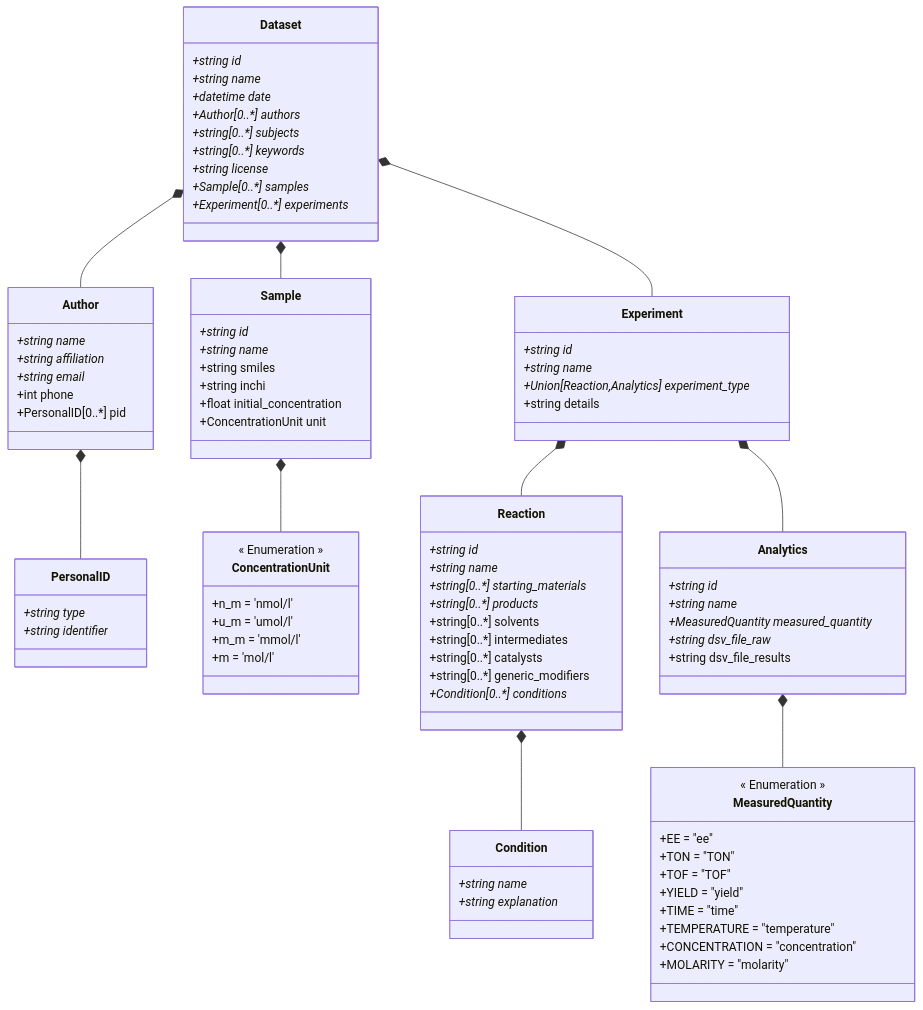
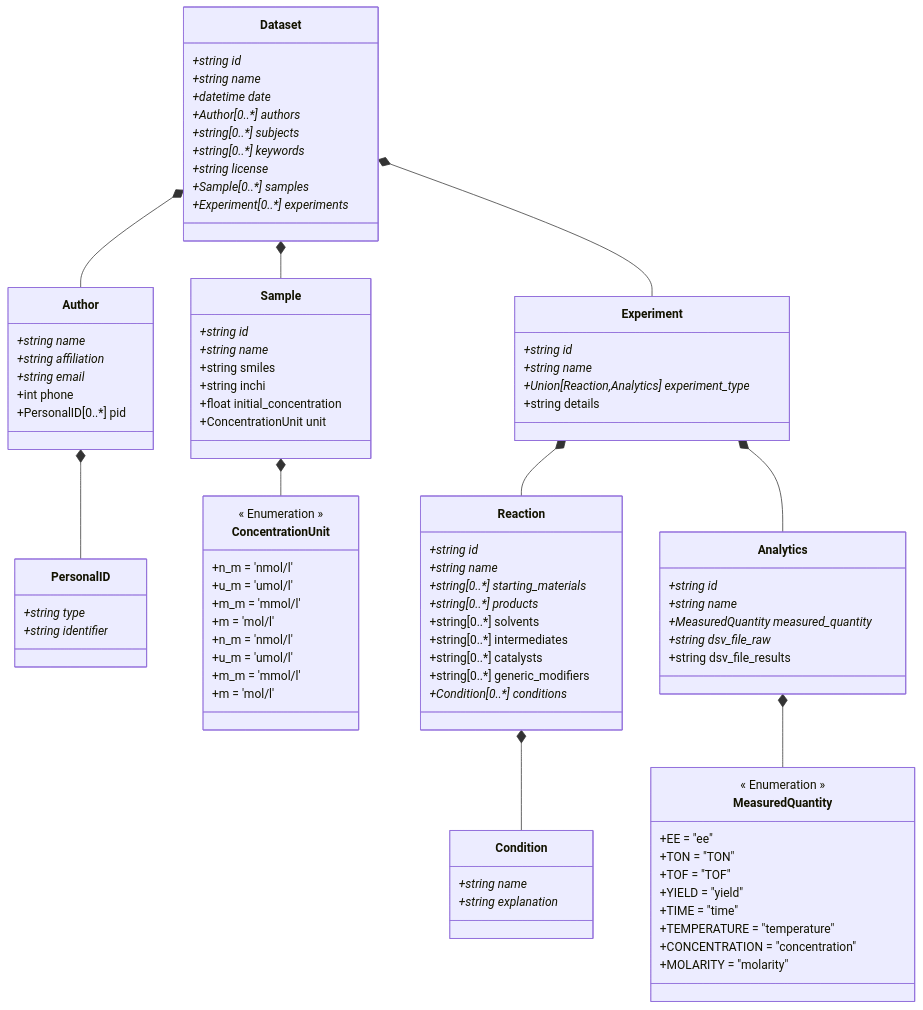
One commit to FAIRChemistry/datamodel_b06 changed the diagram in DatamodelB06/schemes/Data model for CRC 1333 project B06.md. Above: the diagram before and after it, drawn with Mermaid. The commit also changed 12 other files, not shown here.

```diff
--- a/DatamodelB06/schemes/Data model for CRC 1333 project B06.md
+++ b/DatamodelB06/schemes/Data model for CRC 1333 project B06.md
@@ -84,6 +84,14 @@
         +m = 'mol/l'
     }
     
+    class ConcentrationUnit {
+        << Enumeration >>
+        +n_m = 'nmol/l'
+        +u_m = 'umol/l'
+        +m_m = 'mmol/l'
+        +m = 'mol/l'
+    }
+    
     class MeasuredQuantity {
         << Enumeration >>
         +EE = "ee"
```
